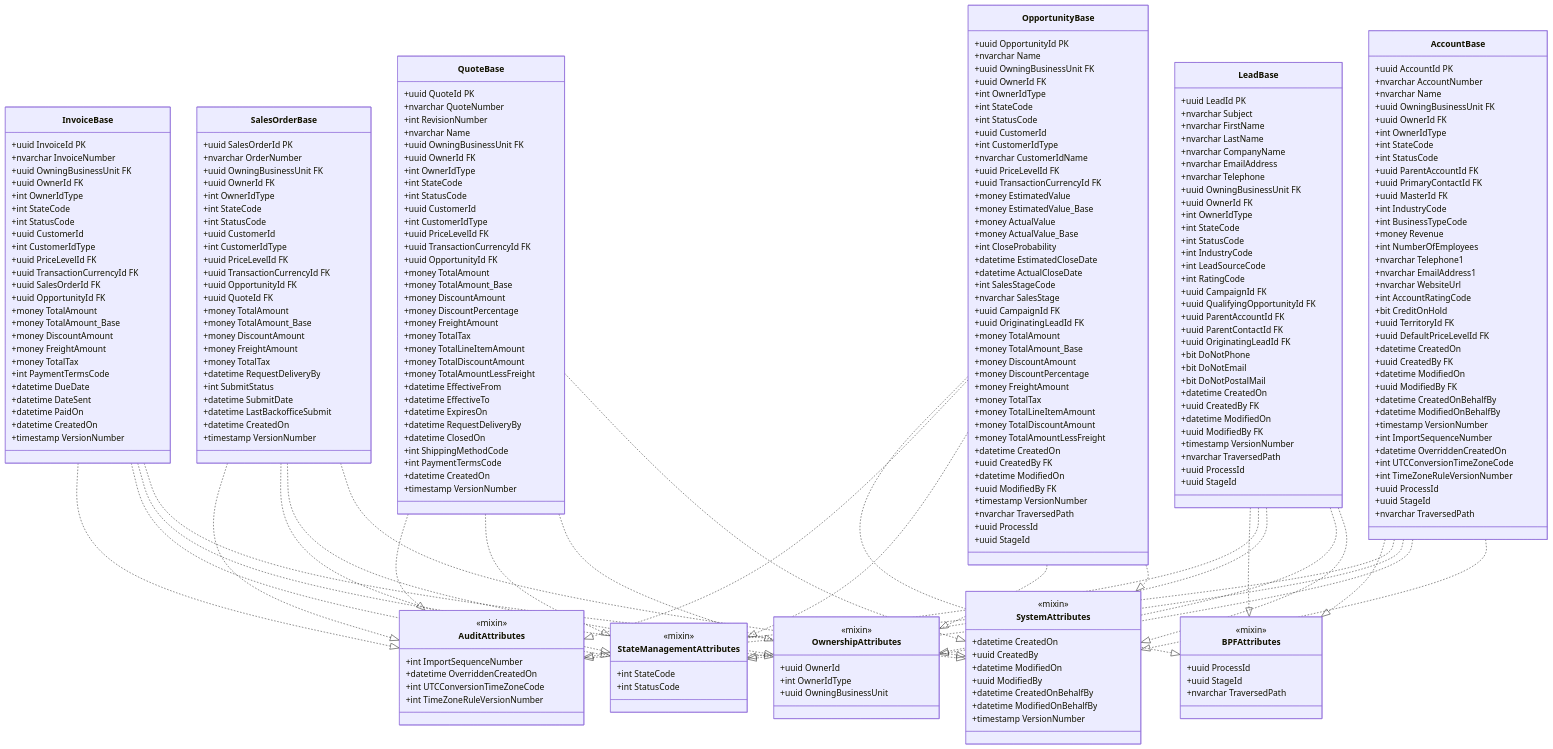
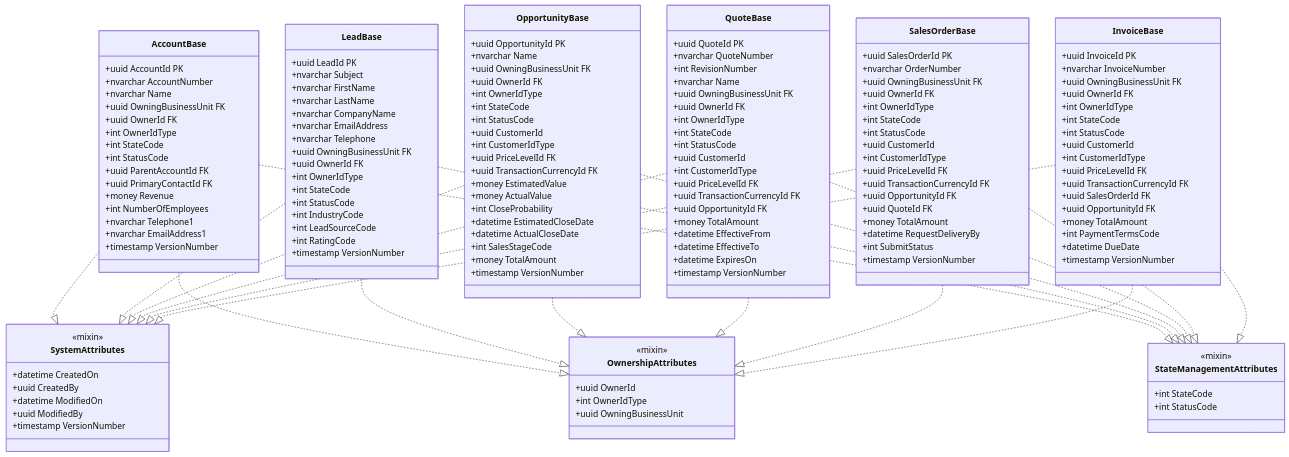
One commit to JohnDevaSahayam/Dynamic-365-Database-Documentation changed the fourth of 15 diagrams in D365_Mermaid_Diagrams.md. Above: the diagram before and after it, drawn with Mermaid. The commit also changed other lines of this file, not shown here.

Commit message:
mermaid diagram docment changes

````diff
--- a/D365_Mermaid_Diagrams.md
+++ b/D365_Mermaid_Diagrams.md
@@ -651,32 +636,11 @@
         +int StatusCode
         +uuid ParentAccountId FK
         +uuid PrimaryContactId FK
-        +uuid MasterId FK
-        +int IndustryCode
-        +int BusinessTypeCode
         +money Revenue
         +int NumberOfEmployees
         +nvarchar Telephone1
         +nvarchar EmailAddress1
-        +nvarchar WebsiteUrl
-        +int AccountRatingCode
-        +bit CreditOnHold
-        +uuid TerritoryId FK
-        +uuid DefaultPriceLevelId FK
-        +datetime CreatedOn
-        +uuid CreatedBy FK
-        +datetime ModifiedOn
-        +uuid ModifiedBy FK
-        +datetime CreatedOnBehalfBy
-        +datetime ModifiedOnBehalfBy
         +timestamp VersionNumber
-        +int ImportSequenceNumber
-        +datetime OverriddenCreatedOn
-        +int UTCConversionTimeZoneCode
-        +int TimeZoneRuleVersionNumber
-        +uuid ProcessId
-        +uuid StageId
-        +nvarchar TraversedPath
     }
     
     %% ==================== LEAD ENTITY ====================
@@ -696,22 +660,7 @@
         +int IndustryCode
         +int LeadSourceCode
         +int RatingCode
-        +uuid CampaignId FK
-        +uuid QualifyingOpportunityId FK
-        +uuid ParentAccountId FK
-        +uuid ParentContactId FK
-        +uuid OriginatingLeadId FK
-        +bit DoNotPhone
-        +bit DoNotEmail
-        +bit DoNotPostalMail
-        +datetime CreatedOn
-        +uuid CreatedBy FK
-        +datetime ModifiedOn
-        +uuid ModifiedBy FK
         +timestamp VersionNumber
-        +nvarchar TraversedPath
-        +uuid ProcessId
-        +uuid StageId
     }
     
     %% ==================== OPPORTUNITY ENTITY ====================
@@ -725,37 +674,16 @@
         +int StatusCode
         +uuid CustomerId
         +int CustomerIdType
-        +nvarchar CustomerIdName
         +uuid PriceLevelId FK
         +uuid TransactionCurrencyId FK
         +money EstimatedValue
-        +money EstimatedValue_Base
         +money ActualValue
-        +money ActualValue_Base
         +int CloseProbability
         +datetime EstimatedCloseDate
         +datetime ActualCloseDate
         +int SalesStageCode
-        +nvarchar SalesStage
-        +uuid CampaignId FK
-        +uuid OriginatingLeadId FK
         +money TotalAmount
-        +money TotalAmount_Base
-        +money DiscountAmount
-        +money DiscountPercentage
-        +money FreightAmount
-        +money TotalTax
-        +money TotalLineItemAmount
-        +money TotalDiscountAmount
-        +money TotalAmountLessFreight
-        +datetime CreatedOn
-        +uuid CreatedBy FK
-        +datetime ModifiedOn
-        +uuid ModifiedBy FK
         +timestamp VersionNumber
-        +nvarchar TraversedPath
-        +uuid ProcessId
-        +uuid StageId
     }
     
     %% ==================== QUOTE ENTITY ====================
@@ -775,22 +703,9 @@
         +uuid TransactionCurrencyId FK
         +uuid OpportunityId FK
         +money TotalAmount
-        +money TotalAmount_Base
-        +money DiscountAmount
-        +money DiscountPercentage
-        +money FreightAmount
-        +money TotalTax
-        +money TotalLineItemAmount
-        +money TotalDiscountAmount
-        +money TotalAmountLessFreight
         +datetime EffectiveFrom
         +datetime EffectiveTo
         +datetime ExpiresOn
-        +datetime RequestDeliveryBy
-        +datetime ClosedOn
-        +int ShippingMethodCode
-        +int PaymentTermsCode
-        +datetime CreatedOn
         +timestamp VersionNumber
     }
     
@@ -810,15 +725,8 @@
         +uuid OpportunityId FK
         +uuid QuoteId FK
         +money TotalAmount
-        +money TotalAmount_Base
-        +money DiscountAmount
-        +money FreightAmount
-        +money TotalTax
         +datetime RequestDeliveryBy
         +int SubmitStatus
-        +datetime SubmitDate
-        +datetime LastBackofficeSubmit
-        +datetime CreatedOn
         +timestamp VersionNumber
     }
     
@@ -838,15 +746,8 @@
         +uuid SalesOrderId FK
         +uuid OpportunityId FK
         +money TotalAmount
-        +money TotalAmount_Base
-        +money DiscountAmount
-        +money FreightAmount
-        +money TotalTax
         +int PaymentTermsCode
         +datetime DueDate
-        +datetime DateSent
-        +datetime PaidOn
-        +datetime CreatedOn
         +timestamp VersionNumber
     }
     
@@ -857,8 +758,6 @@
         +uuid CreatedBy
         +datetime ModifiedOn
         +uuid ModifiedBy
-        +datetime CreatedOnBehalfBy
-        +datetime ModifiedOnBehalfBy
         +timestamp VersionNumber
     }
     
@@ -875,52 +774,28 @@
         +int StatusCode
     }
     
-    class AuditAttributes {
-        <<mixin>>
-        +int ImportSequenceNumber
-        +datetime OverriddenCreatedOn
-        +int UTCConversionTimeZoneCode
-        +int TimeZoneRuleVersionNumber
-    }
-    
-    class BPFAttributes {
-        <<mixin>>
-        +uuid ProcessId
-        +uuid StageId
-        +nvarchar TraversedPath
-    }
-    
     %% Apply mixins
     AccountBase ..|> SystemAttributes
     AccountBase ..|> OwnershipAttributes
     AccountBase ..|> StateManagementAttributes
-    AccountBase ..|> AuditAttributes
-    AccountBase ..|> BPFAttributes
     
     LeadBase ..|> SystemAttributes
     LeadBase ..|> OwnershipAttributes
     LeadBase ..|> StateManagementAttributes
-    LeadBase ..|> AuditAttributes
-    LeadBase ..|> BPFAttributes
     
     OpportunityBase ..|> SystemAttributes
     OpportunityBase ..|> OwnershipAttributes
     OpportunityBase ..|> StateManagementAttributes
-    OpportunityBase ..|> AuditAttributes
-    OpportunityBase ..|> BPFAttributes
     
     QuoteBase ..|> SystemAttributes
     QuoteBase ..|> OwnershipAttributes
     QuoteBase ..|> StateManagementAttributes
-    QuoteBase ..|> AuditAttributes
     
     SalesOrderBase ..|> SystemAttributes
     SalesOrderBase ..|> OwnershipAttributes
     SalesOrderBase ..|> StateManagementAttributes
-    SalesOrderBase ..|> AuditAttributes
     
     InvoiceBase ..|> SystemAttributes
     InvoiceBase ..|> OwnershipAttributes
     InvoiceBase ..|> StateManagementAttributes
-    InvoiceBase ..|> AuditAttributes
 ```
````
